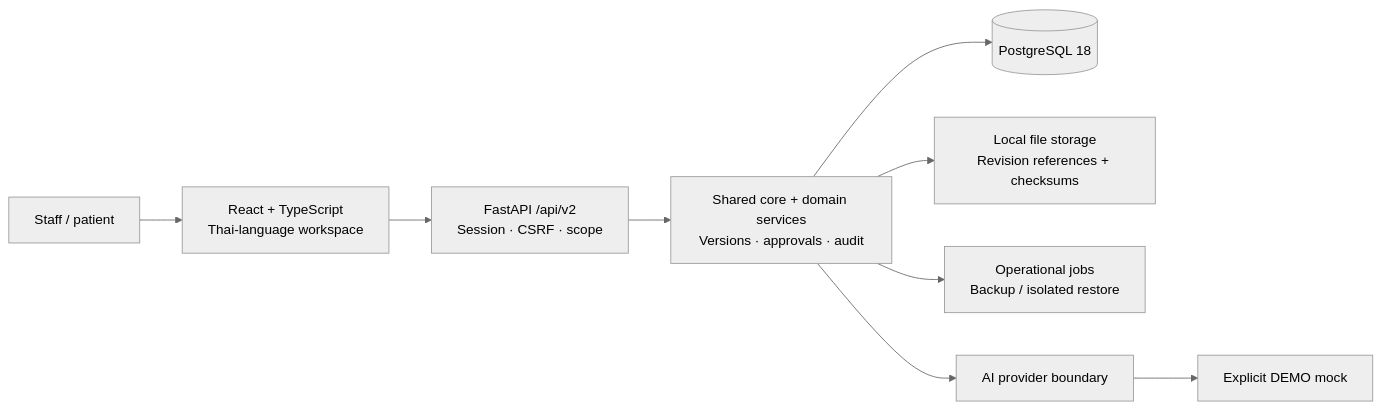
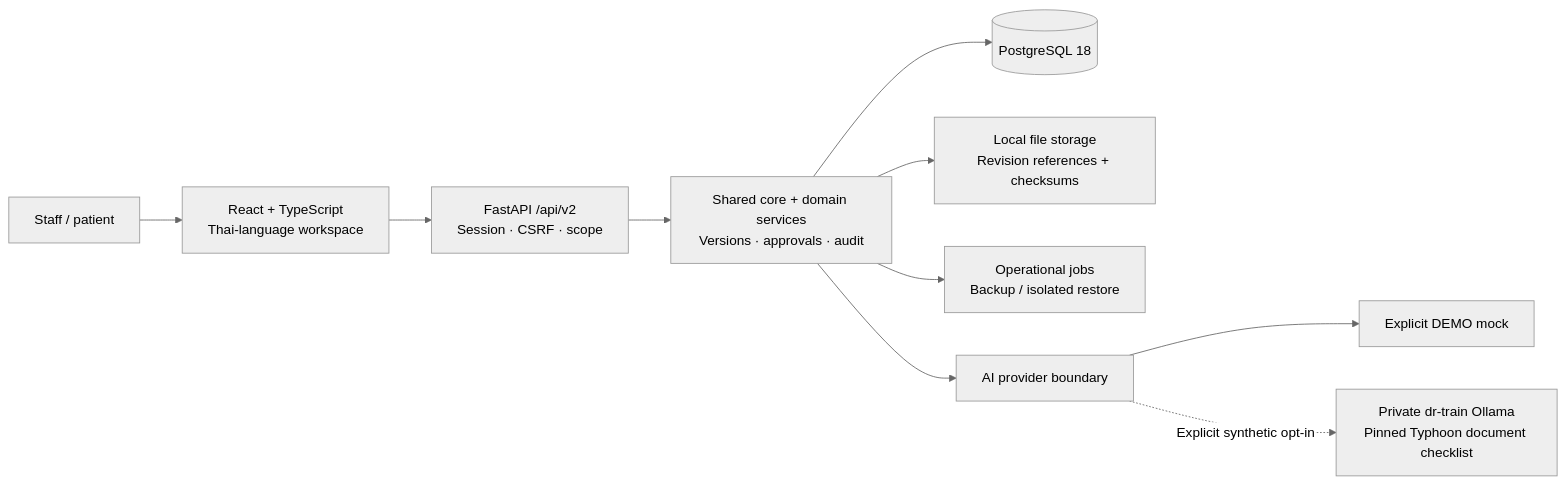
One commit to siriponsri/his-poc changed the diagram in README.md. Above: the diagram before and after it, drawn with Mermaid (neutral theme). The commit also changed other lines of this file and 105 other files, not shown here.

Commit message:
feat: connect private dr-train AI document completeness review

````diff
--- a/README.md
+++ b/README.md
@@ -51,11 +51,12 @@
 ```mermaid
 flowchart LR
     User["Staff / patient"] --> Web["React + TypeScript<br/>Thai-language workspace"]
     Web --> API["FastAPI /api/v2<br/>Session · CSRF · scope"]
     API --> Services["Shared core + domain services<br/>Versions · approvals · audit"]
     Services --> PG[("PostgreSQL 18")]
     Services --> Files["Local file storage<br/>Revision references + checksums"]
     Services --> Jobs["Operational jobs<br/>Backup / isolated restore"]
     Services --> AI["AI provider boundary"]
     AI --> Mock["Explicit DEMO mock"]
+    AI -. "Explicit synthetic opt-in" .-> Typhoon["Private dr-train Ollama<br/>Pinned Typhoon document checklist"]
 ```
````
